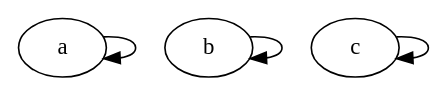
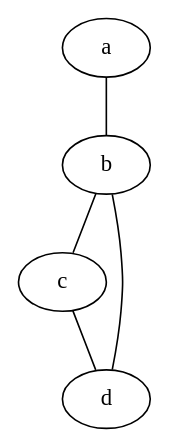
The diagram in testes/f.dot (VytorCalixto/A-menina-me-deixou-com-k-partido), drawn with Graphviz before and after one commit. The commit also changed 1 other file, not shown here.

```diff
--- a/testes/f.dot
+++ b/testes/f.dot
@@ -1,5 +1,6 @@
-strict digraph "wasd" {
-	a -> a
-	b -> b
-	c -> c
+strict graph "wasd" {
+	a -- b
+	b -- c
+	c -- d
+	b -- d
 }
```
